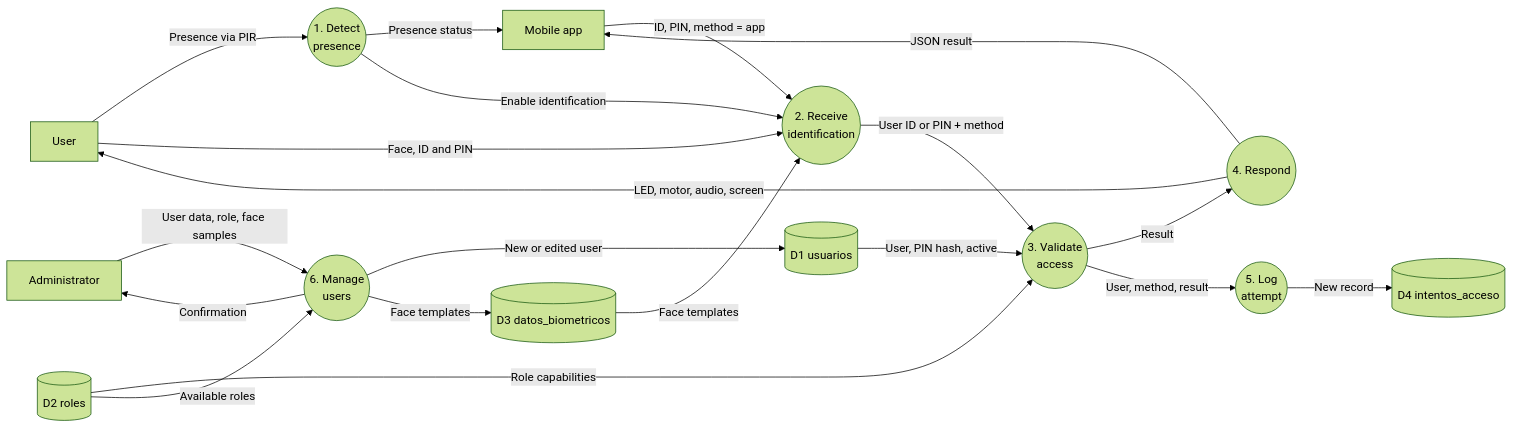
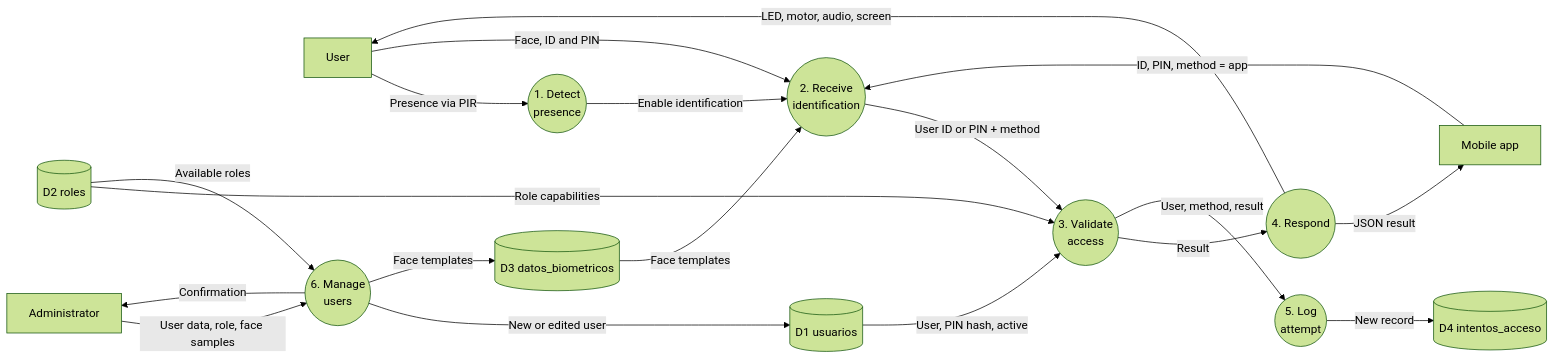
Before and after one commit to MrGodie/ControlAccesoRPI: the diagram in docs/dfd-1.md, drawn with Mermaid (forest theme). The commit also changed 8 other files, not shown here.

Commit message:
docs: FR-16 no longer requires PIR presence in the mobile app (PIC-115)

````diff
--- a/docs/dfd-1.md
+++ b/docs/dfd-1.md
@@ -1,42 +1,41 @@
 ```mermaid
 flowchart LR
     U[User]
     APP[Mobile app]
     A[Administrator]
 
     P1((1. Detect<br/>presence))
     P2((2. Receive<br/>identification))
     P3((3. Validate<br/>access))
     P4((4. Respond))
     P5((5. Log<br/>attempt))
     P6((6. Manage<br/>users))
 
     D1[(D1 usuarios)]
     D2[(D2 roles)]
     D3[(D3 datos_biometricos)]
     D4[(D4 intentos_acceso)]
 
     U -->|Presence via PIR| P1
-    P1 -->|Presence status| APP
     P1 -->|Enable identification| P2
     U -->|Face, ID and PIN| P2
     APP -->|ID, PIN, method = app| P2
     D3 -->|Face templates| P2
 
     P2 -->|User ID or PIN + method| P3
     D1 -->|User, PIN hash, active| P3
     D2 -->|Role capabilities| P3
 
     P3 -->|Result| P4
     P3 -->|User, method, result| P5
     P5 -->|New record| D4
 
     P4 -->|LED, motor, audio, screen| U
     P4 -->|JSON result| APP
 
     A -->|User data, role, face samples| P6
     D2 -->|Available roles| P6
     P6 -->|New or edited user| D1
     P6 -->|Face templates| D3
     P6 -->|Confirmation| A
 ```
````
